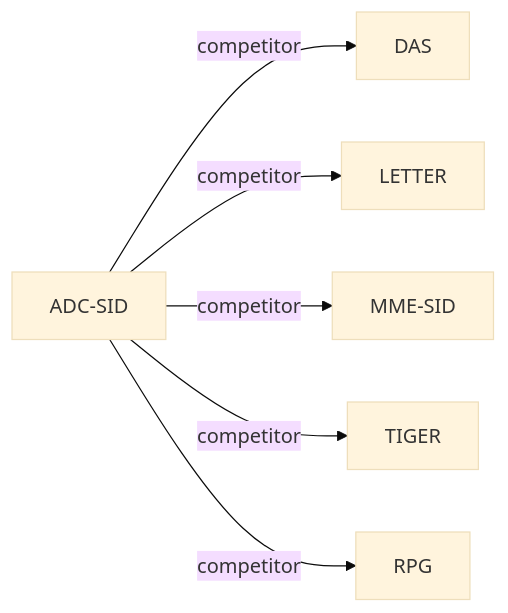
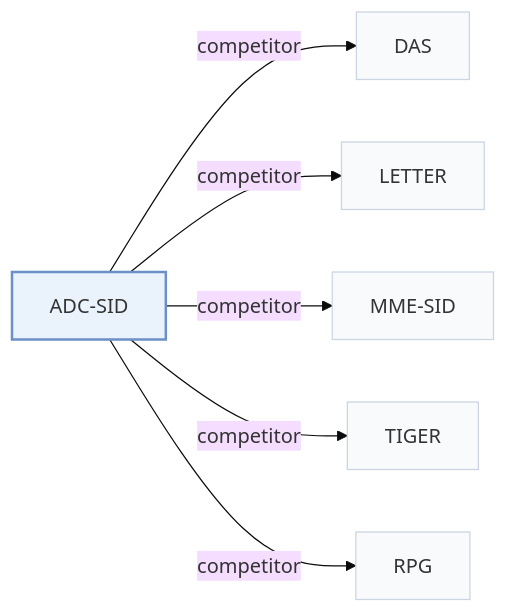
One commit to Galaxy-ghost/Awesome-SID-Generative-Rec changed the third of 3 diagrams in pages/papers/adc-sid.md. Above: the diagram before and after it, drawn with Mermaid (base theme). The commit also changed other lines of this file and 649 other files, not shown here.

Commit message:
writer-05: also tags and modality index (schema, check, build, visuals); summary field removed; calibration data for 12 papers

````diff
--- a/pages/papers/adc-sid.md
+++ b/pages/papers/adc-sid.md
@@ -124,9 +146,13 @@
 ```mermaid
 flowchart LR
     P["ADC-SID"]
-    P -->|competitor| A["DAS"]
-    P -->|competitor| B["LETTER"]
-    P -->|competitor| C["MME-SID"]
-    P -->|competitor| D["TIGER"]
-    P -->|competitor| E["RPG"]
+    P -->|"competitor"| A["DAS"]
+    P -->|"competitor"| B["LETTER"]
+    P -->|"competitor"| C["MME-SID"]
+    P -->|"competitor"| D["TIGER"]
+    P -->|"competitor"| E["RPG"]
+    classDef main fill:#eaf2fb,stroke:#6b8fc7,stroke-width:2px
+    classDef peer fill:#f8fafc,stroke:#cbd5e1
+    class P main
+    class A,B,C,D,E peer
 ```
````
